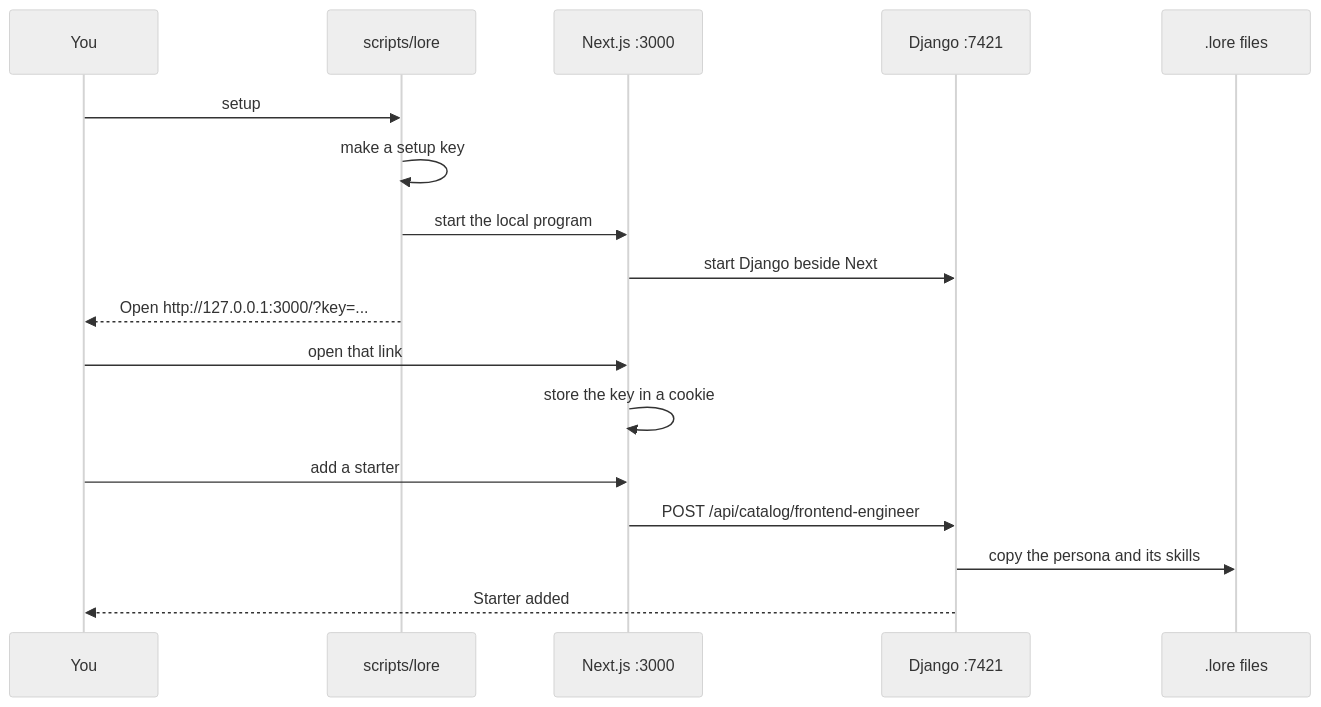
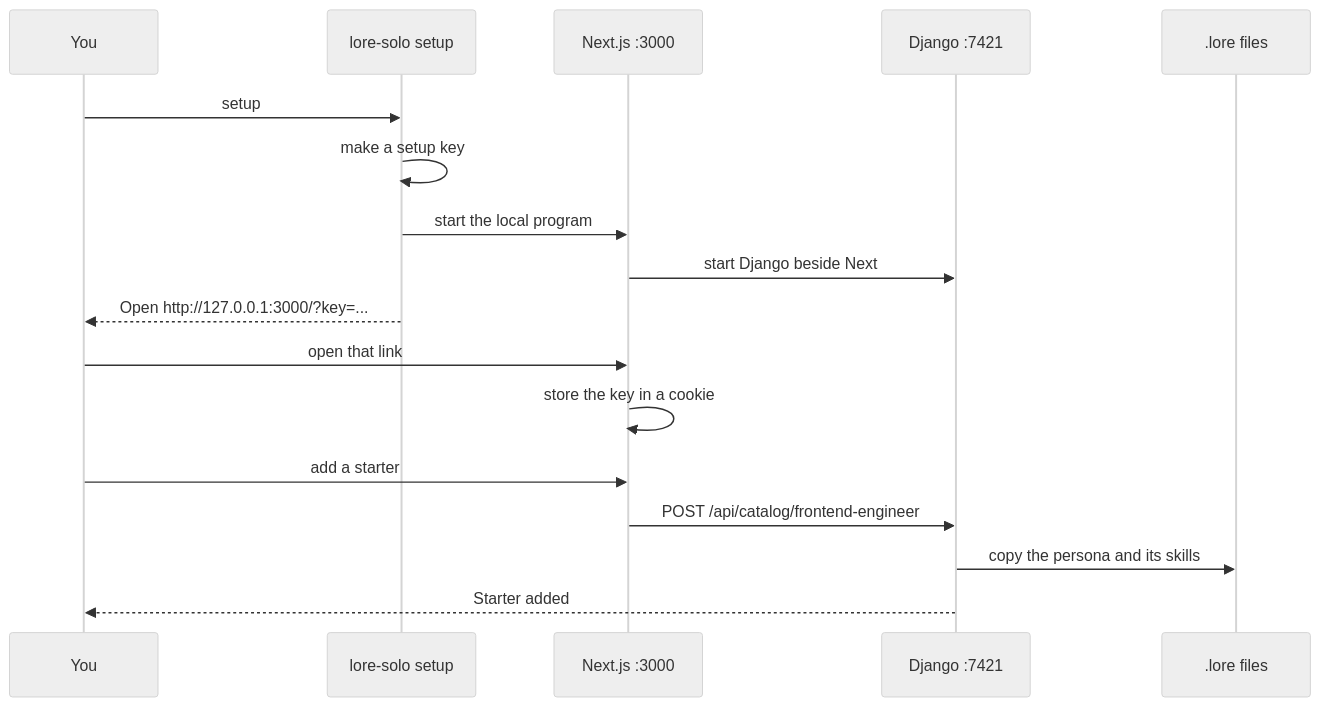
One commit to starrynight-web/LORE changed the fourth of 6 diagrams in docs/solo/HOW_IT_WORKS.md. Above: the diagram before and after it, drawn with Mermaid (neutral theme). The commit also changed other lines of this file and 39 other files, not shown here.

First line of the commit message:
Make Lore Solo installable with one command and finish the setup screens.

````diff
--- a/docs/solo/HOW_IT_WORKS.md
+++ b/docs/solo/HOW_IT_WORKS.md
@@ -124,20 +125,20 @@
 ```mermaid
 sequenceDiagram
   participant You
-  participant Launcher as scripts/lore
+  participant Launcher as lore-solo setup
   participant Site as Next.js :3000
   participant API as Django :7421
   participant Disk as .lore files
 
   You->>Launcher: setup
   Launcher->>Launcher: make a setup key
   Launcher->>Site: start the local program
   Site->>API: start Django beside Next
   Launcher-->>You: Open http://127.0.0.1:3000/?key=...
   You->>Site: open that link
   Site->>Site: store the key in a cookie
   You->>Site: add a starter
   Site->>API: POST /api/catalog/frontend-engineer
   API->>Disk: copy the persona and its skills
   API-->>You: Starter added
 ```
````
